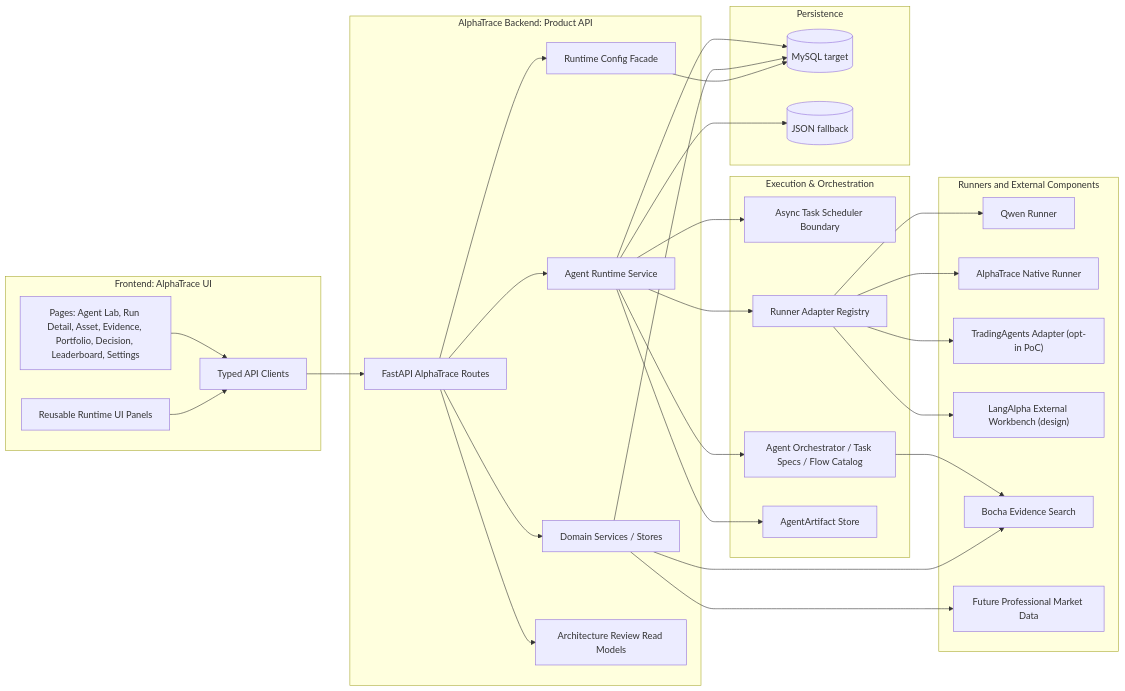
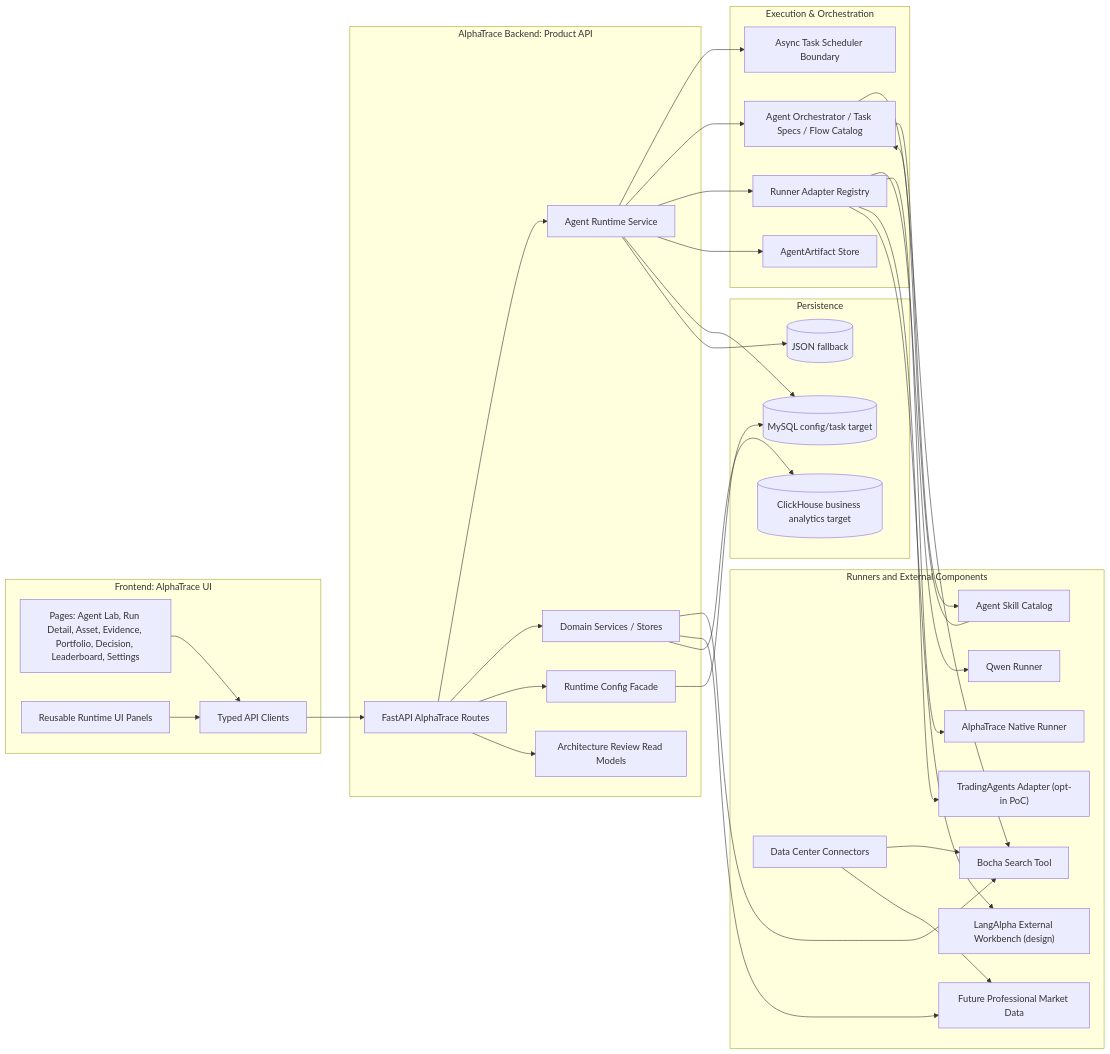
One commit to Bodiva/Hyper-Alpha-Arena changed the first of 5 diagrams in docs/ARCHITECTURE_OVERVIEW.md. Above: the diagram before and after it, drawn with Mermaid. The commit also changed other lines of this file and 18 other files, not shown here.

Commit message:
feat: add data center and skill catalogs

````diff
--- a/docs/ARCHITECTURE_OVERVIEW.md
+++ b/docs/ARCHITECTURE_OVERVIEW.md
@@ -88,60 +88,67 @@
 ```mermaid
 flowchart LR
   subgraph Frontend["Frontend: AlphaTrace UI"]
     Pages["Pages: Agent Lab, Run Detail, Asset, Evidence, Portfolio, Decision, Leaderboard, Settings"]
     RuntimeUI["Reusable Runtime UI Panels"]
     APIClient["Typed API Clients"]
   end
 
   subgraph AlphaBackend["AlphaTrace Backend: Product API"]
     APILayer["FastAPI AlphaTrace Routes"]
     Runtime["Agent Runtime Service"]
     Domains["Domain Services / Stores"]
     Config["Runtime Config Facade"]
     Review["Architecture Review Read Models"]
   end
 
   subgraph RuntimeLayer["Execution & Orchestration"]
     Scheduler["Async Task Scheduler Boundary"]
     Orchestrator["Agent Orchestrator / Task Specs / Flow Catalog"]
     Runners["Runner Adapter Registry"]
     Artifacts["AgentArtifact Store"]
   end
 
   subgraph RunnersExternal["Runners and External Components"]
     Qwen["Qwen Runner"]
     Native["AlphaTrace Native Runner"]
     TG["TradingAgents Adapter (opt-in PoC)"]
     LangAlpha["LangAlpha External Workbench (design)"]
-    Bocha["Bocha Evidence Search"]
+    Bocha["Bocha Search Tool"]
     ProData["Future Professional Market Data"]
+    Skills["Agent Skill Catalog"]
+    DataCenter["Data Center Connectors"]
   end
 
   subgraph Persistence["Persistence"]
-    MySQL[("MySQL target")]
+    MySQL[("MySQL config/task target")]
+    ClickHouse[("ClickHouse business analytics target")]
     JSON[("JSON fallback")]
   end
 
   Pages --> APIClient
   RuntimeUI --> APIClient
   APIClient --> APILayer
   APILayer --> Runtime
   APILayer --> Domains
   APILayer --> Config
   APILayer --> Review
   Runtime --> Scheduler
   Runtime --> Orchestrator
   Runtime --> Runners
   Runtime --> Artifacts
   Runners --> Qwen
   Runners --> Native
   Runners --> TG
   Runners --> LangAlpha
   Orchestrator --> Bocha
   Domains --> Bocha
   Domains --> ProData
+  DataCenter --> Bocha
+  DataCenter --> ProData
+  Skills --> Orchestrator
+  Orchestrator --> Skills
   Runtime --> MySQL
-  Domains --> MySQL
+  Domains --> ClickHouse
   Config --> MySQL
   Runtime --> JSON
 ```
````
